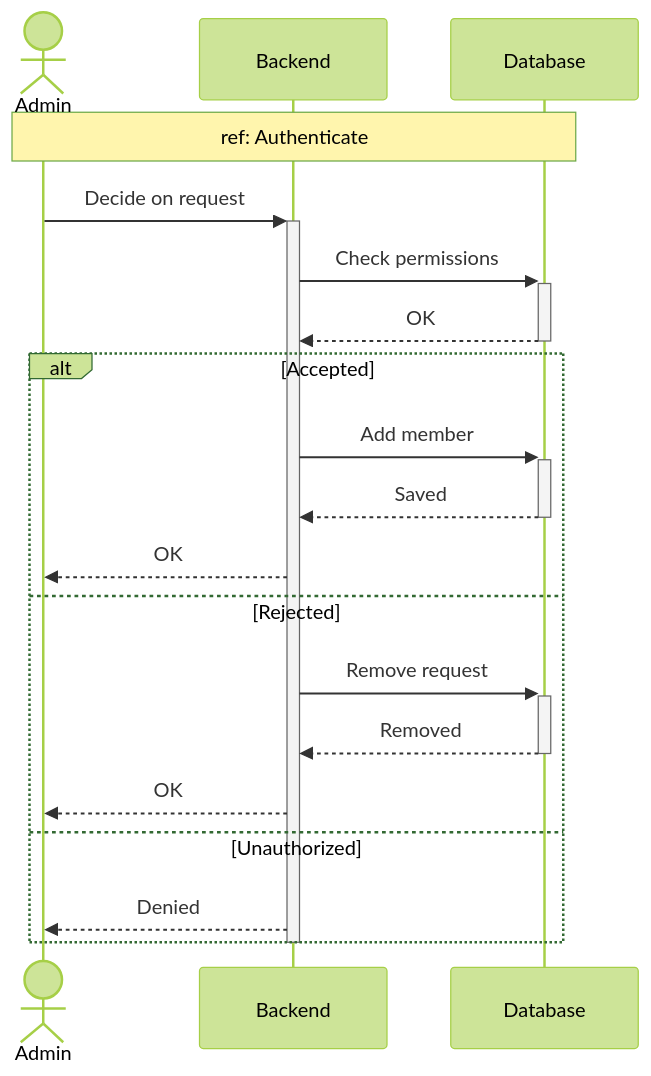
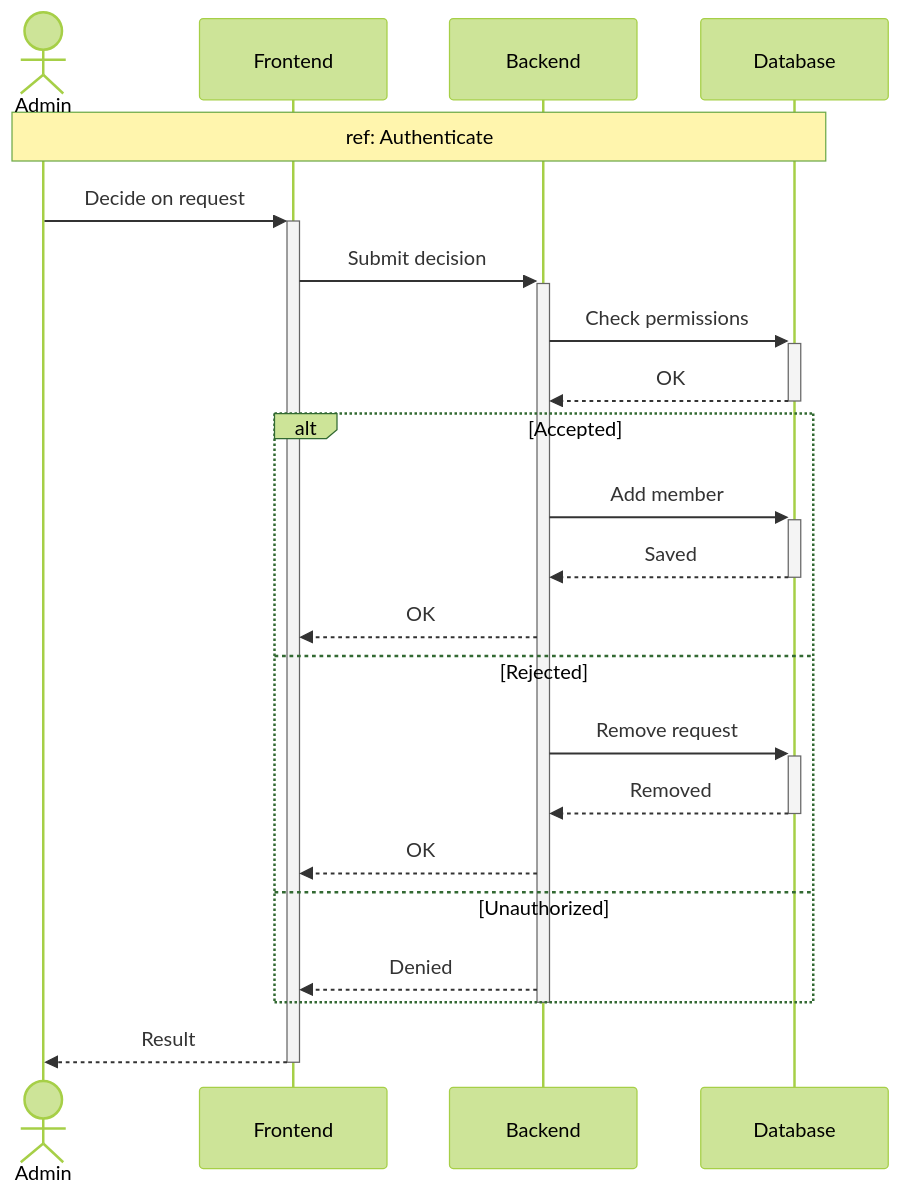
Before and after one commit to MohamedChebbi123/teamnest: the seventh of 16 diagrams in docs/SEQUENCE_DIAGRAMS.md, drawn with Mermaid (forest theme). The commit also changed other lines of this file, not shown here.

````diff
--- a/docs/SEQUENCE_DIAGRAMS.md
+++ b/docs/SEQUENCE_DIAGRAMS.md
@@ -248,24 +271,27 @@
 ```mermaid
 sequenceDiagram
     actor Admin
+    participant FE as Frontend
     participant API as Backend
     participant DB as Database
 
     Note over Admin,DB: ref: Authenticate
 
-    Admin->>+API: Decide on request
+    Admin->>+FE: Decide on request
+    FE->>+API: Submit decision
     API->>+DB: Check permissions
     DB-->>-API: OK
     alt Accepted
         API->>+DB: Add member
         DB-->>-API: Saved
-        API-->>Admin: OK
+        API-->>FE: OK
     else Rejected
         API->>+DB: Remove request
         DB-->>-API: Removed
-        API-->>Admin: OK
+        API-->>FE: OK
     else Unauthorized
-        API-->>Admin: Denied
+        API-->>FE: Denied
     end
     deactivate API
+    FE-->>-Admin: Result
 ```
````
